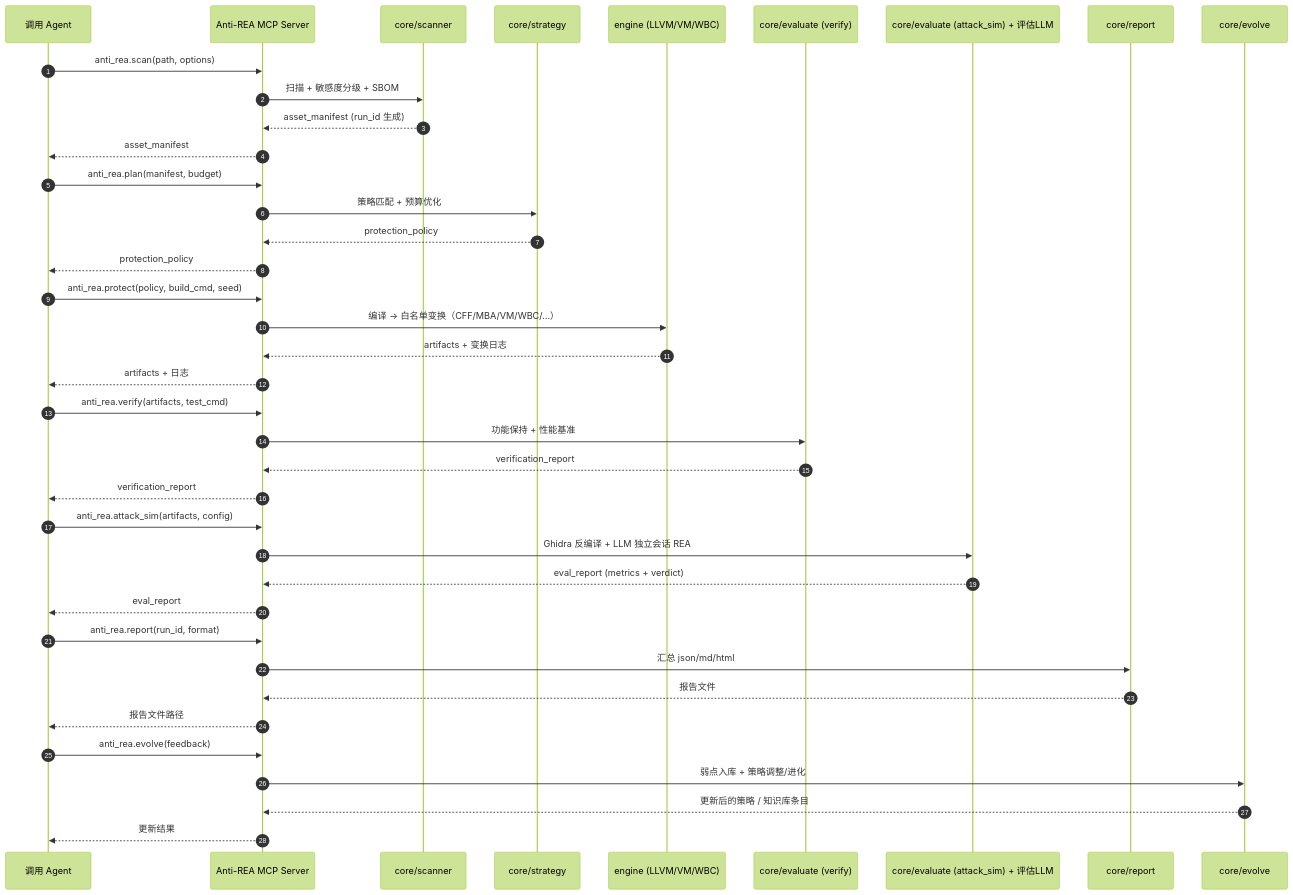
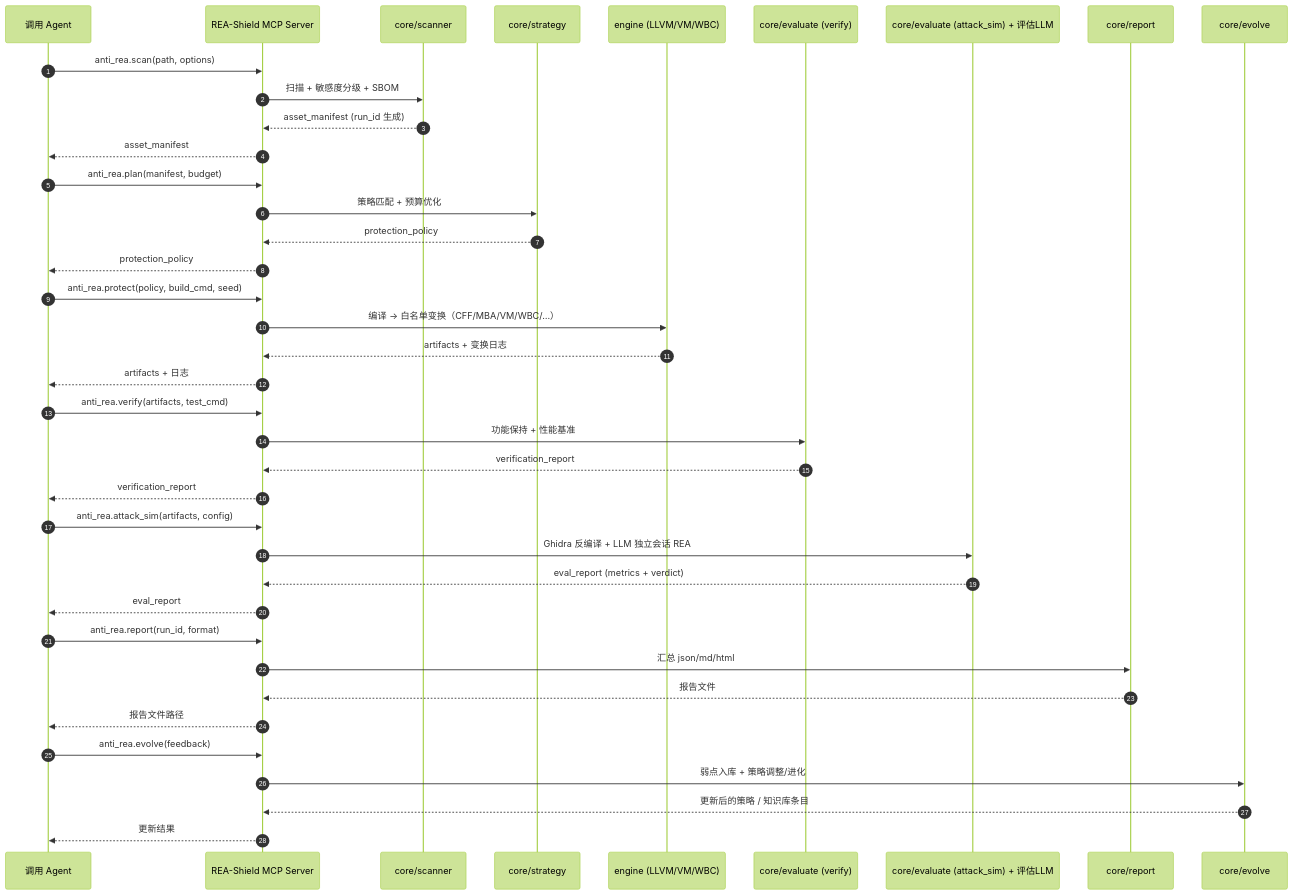
The diagram in docs/design/ddd/e2e-scenario.md (wxp728/REA-Shield), drawn with Mermaid (forest theme) before and after one commit. The commit also changed other lines of this file and 67 other files, not shown here.

Commit message:
docs: 品牌更名为 REA-Shield（文档/注释/可见文案中的 Anti-REA）；README 首行改为「REA 是矛，本技能就是盾」

````diff
--- a/docs/design/ddd/e2e-scenario.md
+++ b/docs/design/ddd/e2e-scenario.md
@@ -37,48 +37,48 @@
 ```mermaid
 sequenceDiagram
   autonumber
   participant A as 调用 Agent
-  participant M as Anti-REA MCP Server
+  participant M as REA-Shield MCP Server
   participant S as core/scanner
   participant P as core/strategy
   participant E as engine (LLVM/VM/WBC)
   participant V as core/evaluate (verify)
   participant X as core/evaluate (attack_sim) + 评估LLM
   participant R as core/report
   participant F as core/evolve
 
   A->>M: anti_rea.scan(path, options)
   M->>S: 扫描 + 敏感度分级 + SBOM
   S-->>M: asset_manifest (run_id 生成)
   M-->>A: asset_manifest
 
   A->>M: anti_rea.plan(manifest, budget)
   M->>P: 策略匹配 + 预算优化
   P-->>M: protection_policy
   M-->>A: protection_policy
 
   A->>M: anti_rea.protect(policy, build_cmd, seed)
   M->>E: 编译 → 白名单变换（CFF/MBA/VM/WBC/…）
   E-->>M: artifacts + 变换日志
   M-->>A: artifacts + 日志
 
   A->>M: anti_rea.verify(artifacts, test_cmd)
   M->>V: 功能保持 + 性能基准
   V-->>M: verification_report
   M-->>A: verification_report
 
   A->>M: anti_rea.attack_sim(artifacts, config)
   M->>X: Ghidra 反编译 + LLM 独立会话 REA
   X-->>M: eval_report (metrics + verdict)
   M-->>A: eval_report
 
   A->>M: anti_rea.report(run_id, format)
   M->>R: 汇总 json/md/html
   R-->>M: 报告文件
   M-->>A: 报告文件路径
 
   A->>M: anti_rea.evolve(feedback)
   M->>F: 弱点入库 + 策略调整/进化
   F-->>M: 更新后的策略 / 知识库条目
   M-->>A: 更新结果
 ```
````
